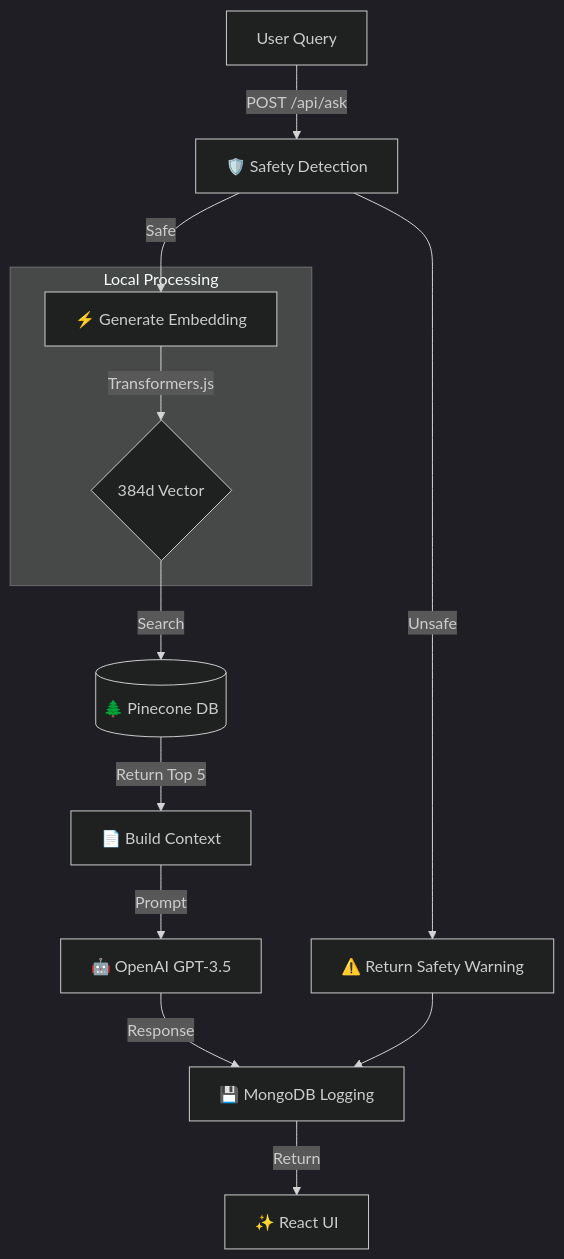
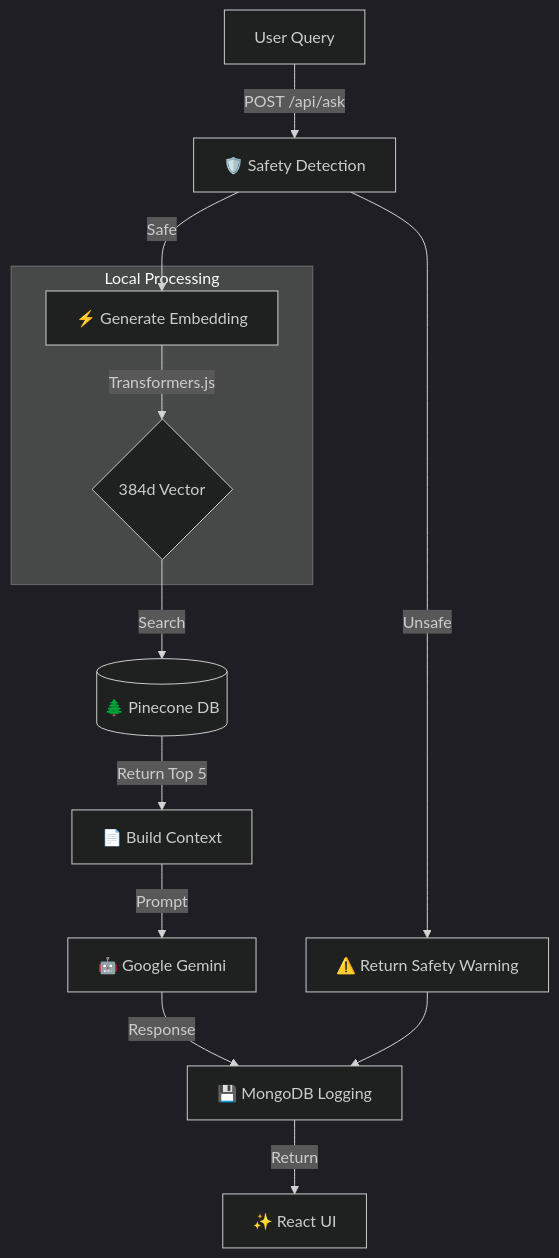
One commit to IronwallxR5/Yoga changed the diagram in README.md. Above: the diagram before and after it, drawn with Mermaid (dark theme). The commit also changed other lines of this file, not shown here.

Commit message:
docs: Update LLM reference to Google Gemini

````diff
--- a/README.md
+++ b/README.md
@@ -95,19 +95,19 @@
 ```mermaid
 graph TD
     User[User Query] -->|POST /api/ask| Safety[🛡️ Safety Detection]
     Safety -->|Unsafe| Warning[⚠️ Return Safety Warning]
     Safety -->|Safe| Embed[⚡ Generate Embedding]
     
     subgraph "Local Processing"
     Embed -->|Transformers.js| Vector{384d Vector}
     end
     
     Vector -->|Search| Pinecone[(🌲 Pinecone DB)]
     Pinecone -->|Return Top 5| Context[📄 Build Context]
     
-    Context -->|Prompt| LLM[🤖 OpenAI GPT-3.5]
+    Context -->|Prompt| LLM[🤖 Google Gemini]
     LLM -->|Response| Log[💾 MongoDB Logging]
     Warning --> Log
     
     Log -->|Return| UI[✨ React UI]
 ```
````
